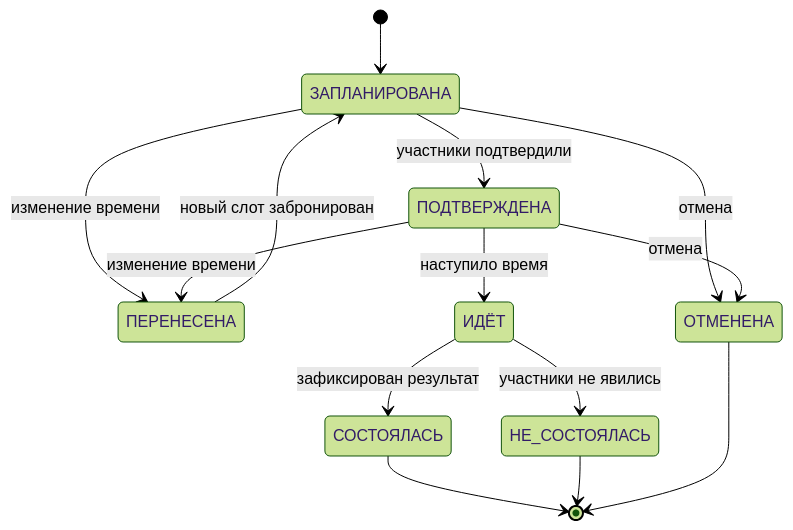
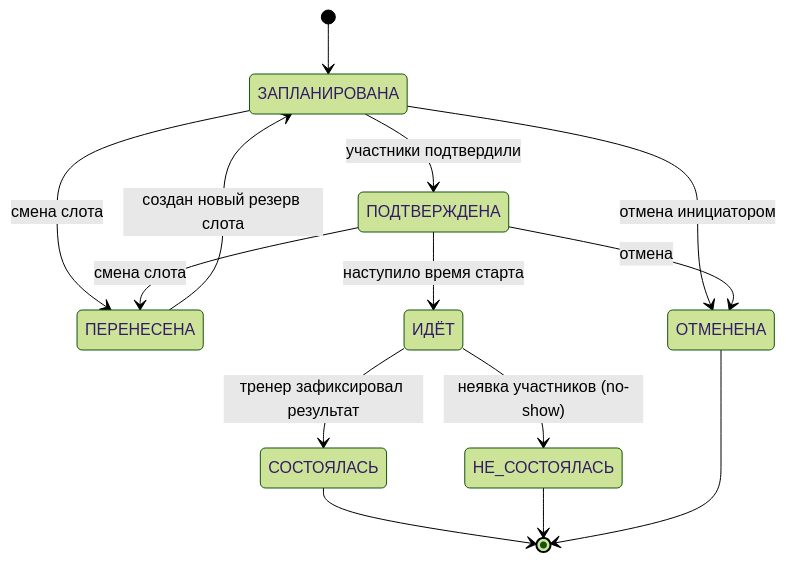
One commit to doomsdayoff/system-analysis-portfolio changed the third of 4 diagrams in case-01-meeting-room-management/README.md. Above: the diagram before and after it, drawn with Mermaid (forest theme). The commit also changed other lines of this file and 4 other files, not shown here.

````diff
--- a/case-01-meeting-room-management/README.md
+++ b/case-01-meeting-room-management/README.md
@@ -188,16 +125,16 @@
 ```mermaid
 stateDiagram-v2
     [*] --> ЗАПЛАНИРОВАНА
     ЗАПЛАНИРОВАНА --> ПОДТВЕРЖДЕНА: участники подтвердили
-    ЗАПЛАНИРОВАНА --> ПЕРЕНЕСЕНА: изменение времени
-    ЗАПЛАНИРОВАНА --> ОТМЕНЕНА: отмена
-    ПОДТВЕРЖДЕНА --> ИДЁТ: наступило время
-    ПОДТВЕРЖДЕНА --> ПЕРЕНЕСЕНА: изменение времени
+    ЗАПЛАНИРОВАНА --> ПЕРЕНЕСЕНА: смена слота
+    ЗАПЛАНИРОВАНА --> ОТМЕНЕНА: отмена инициатором
+    ПОДТВЕРЖДЕНА --> ИДЁТ: наступило время старта
+    ПОДТВЕРЖДЕНА --> ПЕРЕНЕСЕНА: смена слота
     ПОДТВЕРЖДЕНА --> ОТМЕНЕНА: отмена
-    ИДЁТ --> СОСТОЯЛАСЬ: зафиксирован результат
-    ИДЁТ --> НЕ_СОСТОЯЛАСЬ: участники не явились
-    ПЕРЕНЕСЕНА --> ЗАПЛАНИРОВАНА: новый слот забронирован
+    ИДЁТ --> СОСТОЯЛАСЬ: тренер зафиксировал результат
+    ИДЁТ --> НЕ_СОСТОЯЛАСЬ: неявка участников (no-show)
+    ПЕРЕНЕСЕНА --> ЗАПЛАНИРОВАНА: создан новый резерв слота
     СОСТОЯЛАСЬ --> [*]
     НЕ_СОСТОЯЛАСЬ --> [*]
     ОТМЕНЕНА --> [*]
 ```
````
